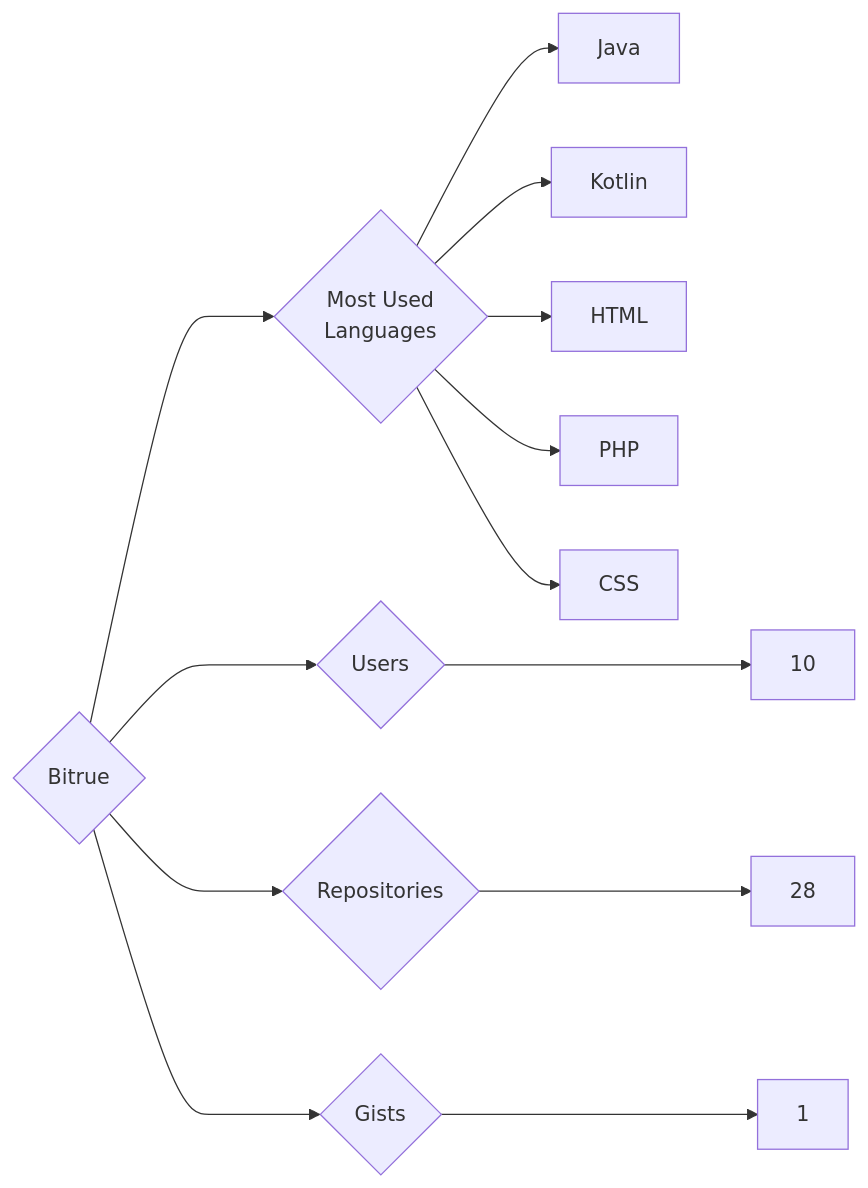
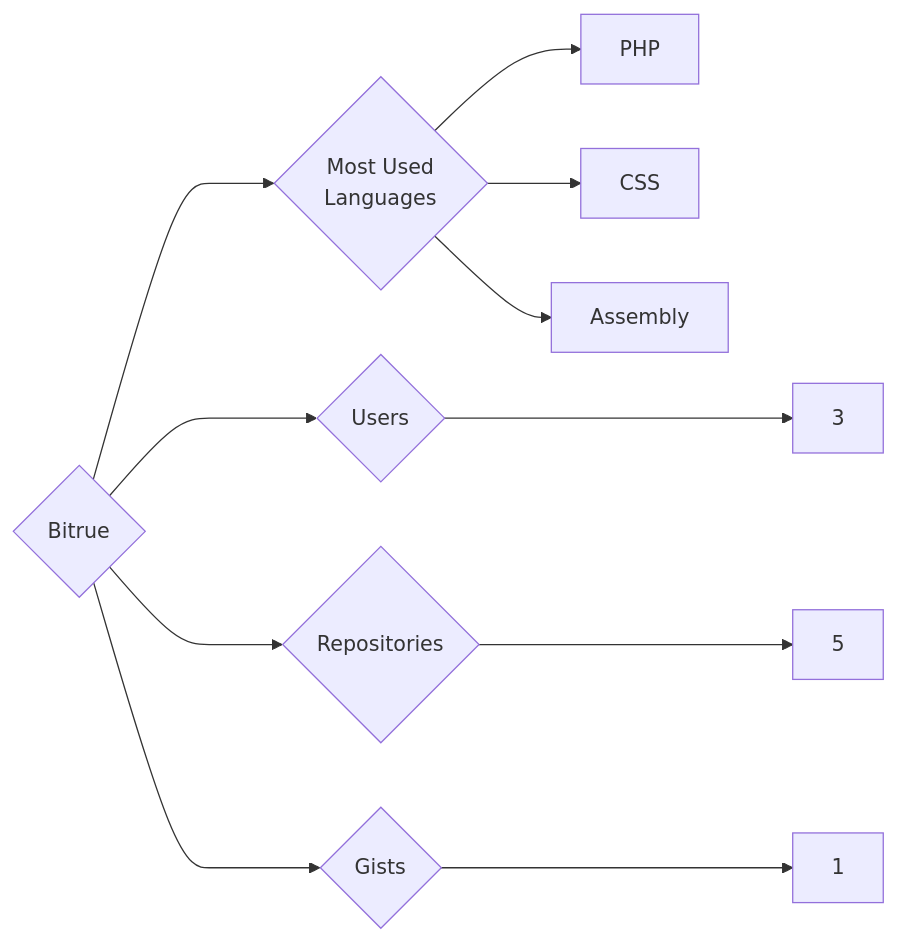
One commit to trickest/insiders changed the diagram in targets/Bitrue/README.md. Above: the diagram before and after it, drawn with Mermaid. The commit also changed 829 other files, not shown here.

````diff
--- a/targets/Bitrue/README.md
+++ b/targets/Bitrue/README.md
@@ -3,13 +3,11 @@
 ```mermaid
 graph LR
 COMPANY_NAME{Bitrue}
-COMPANY_NAME ---> U{Users} ---> UN[10]
-COMPANY_NAME ---> R{Repositories} ---> RN[28]
+COMPANY_NAME ---> U{Users} ---> UN[3]
+COMPANY_NAME ---> R{Repositories} ---> RN[5]
 COMPANY_NAME ---> G{Gists} ---> GN[1]
 COMPANY_NAME ---> ML{Most Used<br>Languages}
-ML --> Java[Java]
-ML --> Kotlin[Kotlin]
-ML --> HTML[HTML]
 ML --> PHP[PHP]
 ML --> CSS[CSS]
+ML --> Assembly[Assembly]
 ```
````
